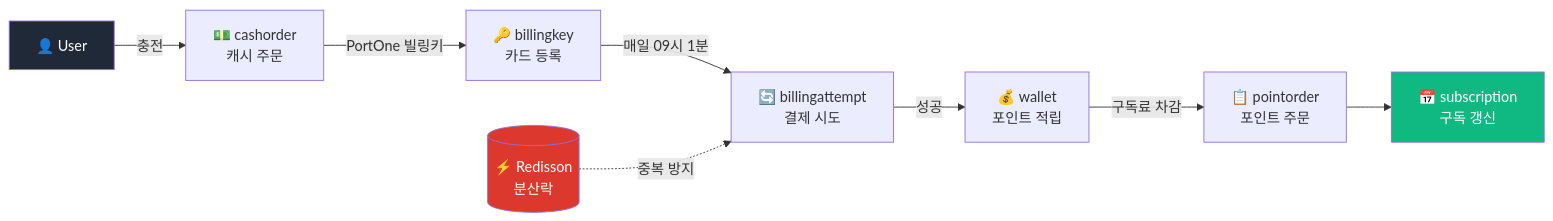
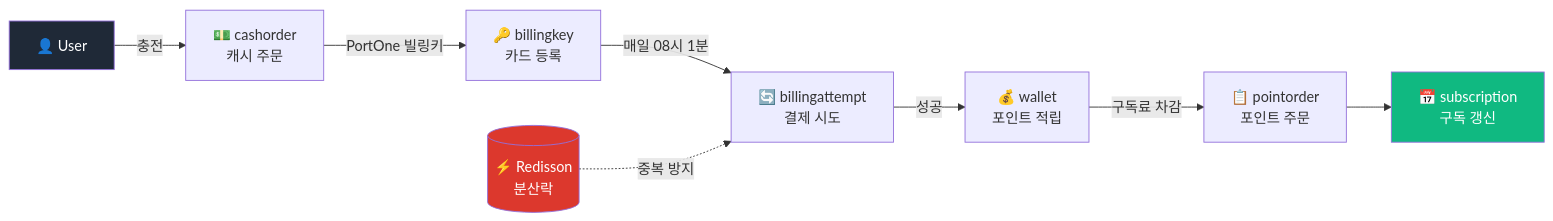
The ninth of 16 diagrams in README.md (fivefy/fivefy), drawn with Mermaid before and after one commit.

Commit message:
fix : 오탈자 수정

````diff
--- a/README.md
+++ b/README.md
@@ -451,15 +451,15 @@
 ```mermaid
 graph LR
     User["👤 User"] -->|충전| CashOrder["💵 cashorder<br/>캐시 주문"]
     CashOrder -->|PortOne 빌링키| BillingKey["🔑 billingkey<br/>카드 등록"]
-    BillingKey -->|매일 09시 1분| BillingAttempt["🔄 billingattempt<br/>결제 시도"]
+    BillingKey -->|매일 08시 1분| BillingAttempt["🔄 billingattempt<br/>결제 시도"]
     BillingAttempt -->|성공| Wallet["💰 wallet<br/>포인트 적립"]
     Wallet -->|구독료 차감| PointOrder["📋 pointorder<br/>포인트 주문"]
     PointOrder --> Subscription["📅 subscription<br/>구독 갱신"]
  
     Redis[("⚡ Redisson<br/>분산락")] -.->|중복 방지| BillingAttempt
  
     style User fill:#1F2937,color:#fff
     style Subscription fill:#10B981,color:#fff
     style Redis fill:#DC382D,color:#fff
 ```
````
